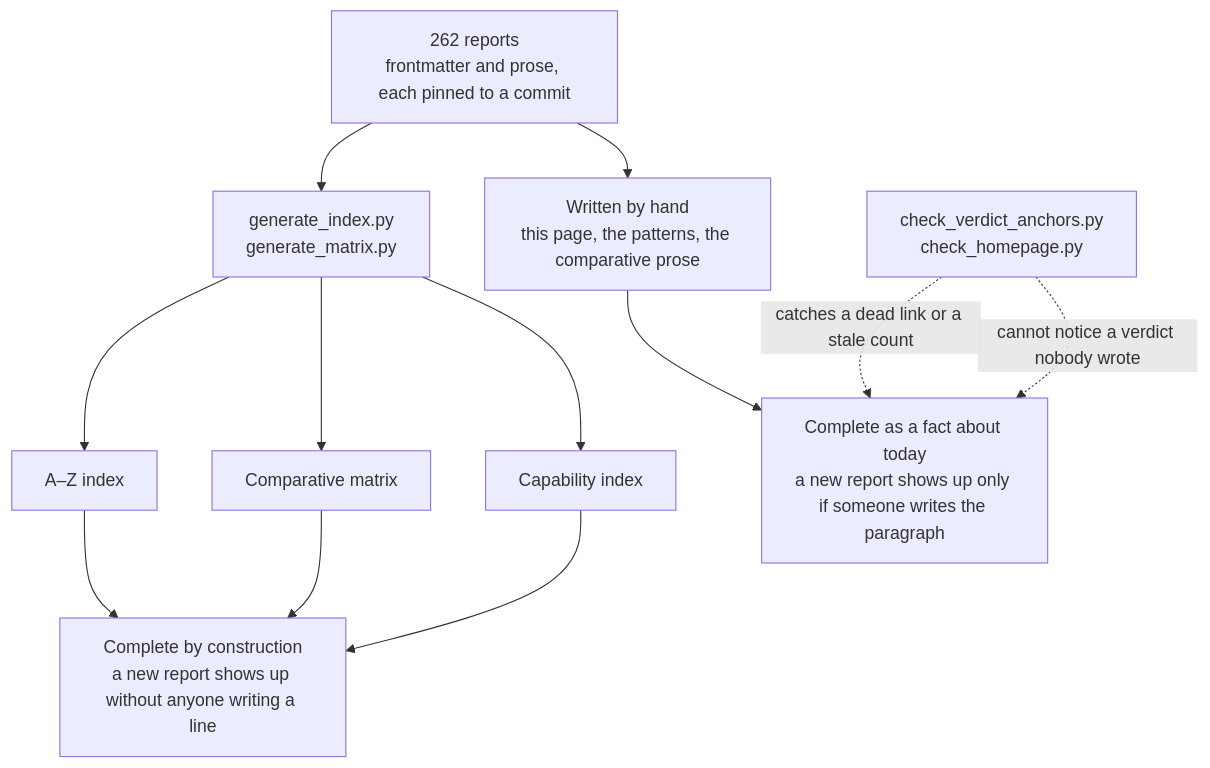
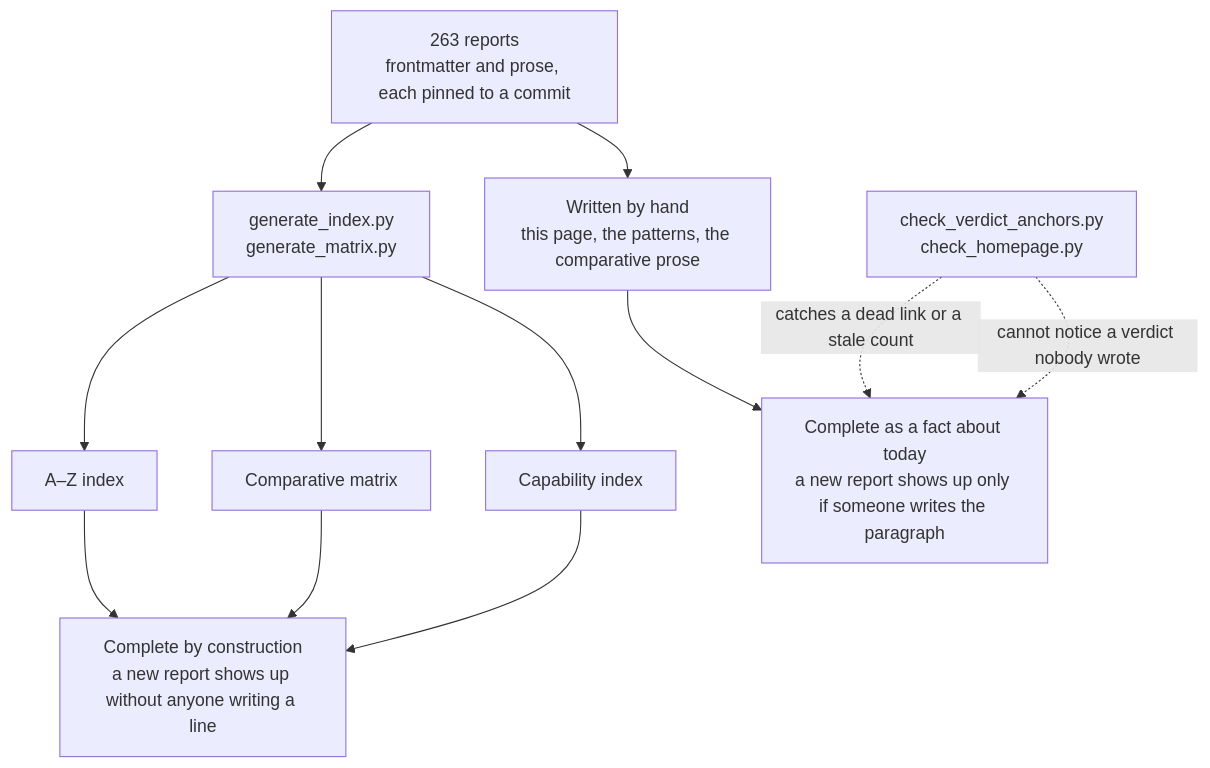
Before and after one commit to neoneye/agent-memory-atlas: the diagram in content/verdicts.md, drawn with Mermaid. The commit also changed other lines of this file and 21 other files, not shown here.

````diff
--- a/content/verdicts.md
+++ b/content/verdicts.md
@@ -40,15 +40,15 @@
 ```mermaid
 flowchart TD
-    R["262 reports<br/>frontmatter and prose, each pinned to a commit"]
+    R["263 reports<br/>frontmatter and prose, each pinned to a commit"]
     R --> GEN["generate_index.py<br/>generate_matrix.py"]
     R --> HAND["Written by hand<br/>this page, the patterns, the comparative prose"]
     GEN --> AZ["A–Z index"]
     GEN --> MX["Comparative matrix"]
     GEN --> CI["Capability index"]
     AZ --> CONST["Complete by construction<br/>a new report shows up without anyone writing a line"]
     MX --> CONST
     CI --> CONST
     HAND --> TODAY["Complete as a fact about today<br/>a new report shows up only if someone writes the paragraph"]
     CHK["check_verdict_anchors.py<br/>check_homepage.py"] -.->|"catches a dead link or a stale count"| TODAY
     CHK -.->|"cannot notice a verdict nobody wrote"| TODAY
 ```
````
